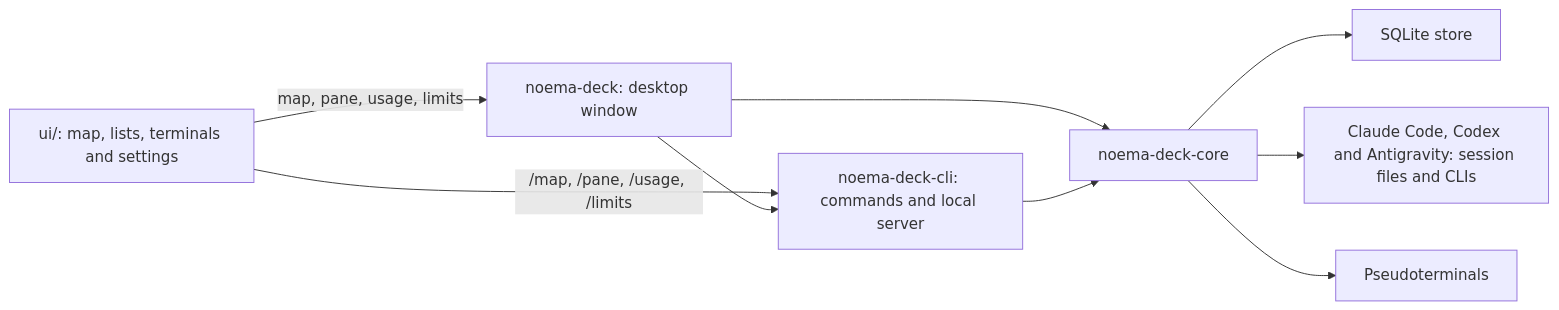
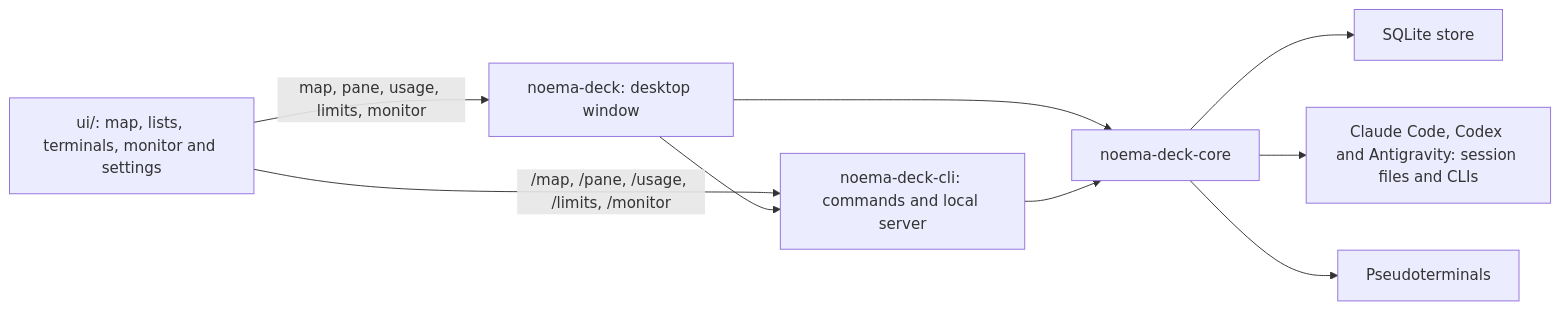
The first of 2 diagrams in docs/architecture.md (noema-kit/noema-deck), drawn with Mermaid before and after one commit. The commit also changed other lines of this file and 23 other files, not shown here.

````diff
--- a/docs/architecture.md
+++ b/docs/architecture.md
@@ -7,11 +7,11 @@
 ```mermaid
 flowchart LR
-    UI["ui/: map, lists, terminals and settings"] -->|map, pane, usage, limits| APP["noema-deck: desktop window"]
-    UI -->|/map, /pane, /usage, /limits| CLI["noema-deck-cli: commands and local server"]
+    UI["ui/: map, lists, terminals, monitor and settings"] -->|map, pane, usage, limits, monitor| APP["noema-deck: desktop window"]
+    UI -->|/map, /pane, /usage, /limits, /monitor| CLI["noema-deck-cli: commands and local server"]
     APP --> CLI
     APP --> CORE["noema-deck-core"]
     CLI --> CORE
     CORE --> S["SQLite store"]
     CORE --> A["Claude Code, Codex and Antigravity: session files and CLIs"]
     CORE --> T["Pseudoterminals"]
 ```
````
